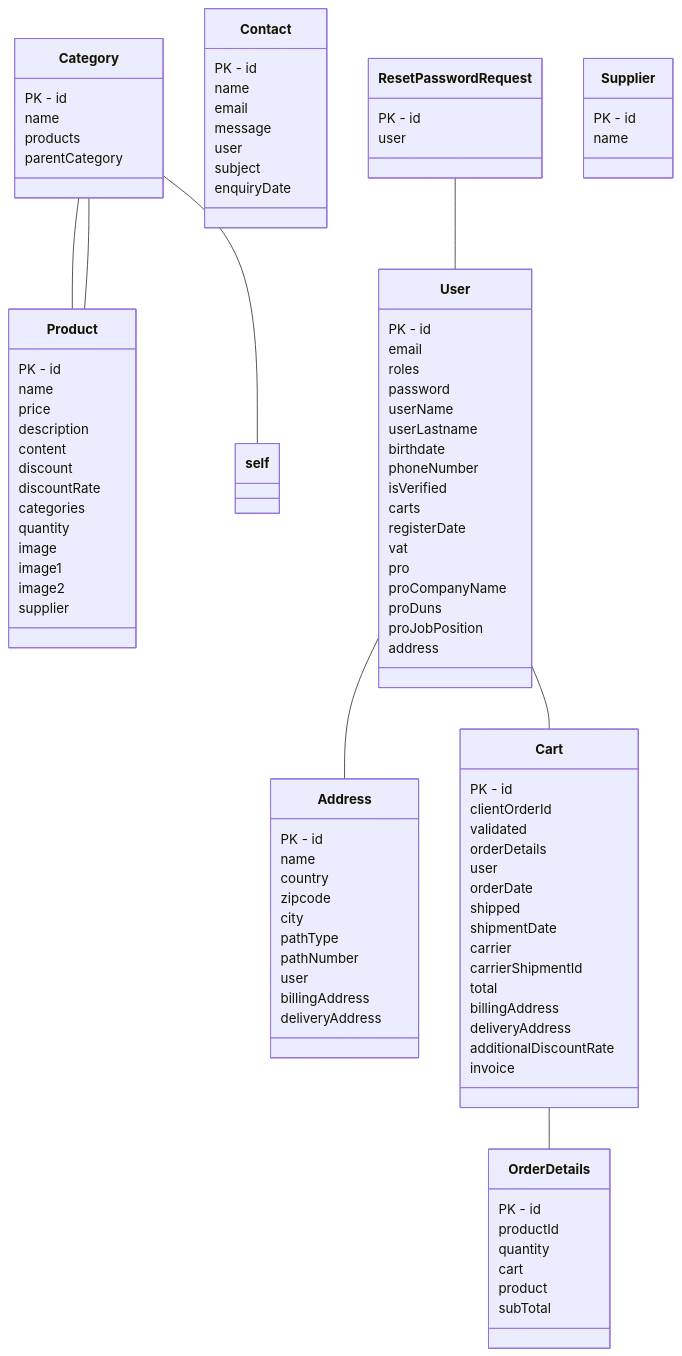
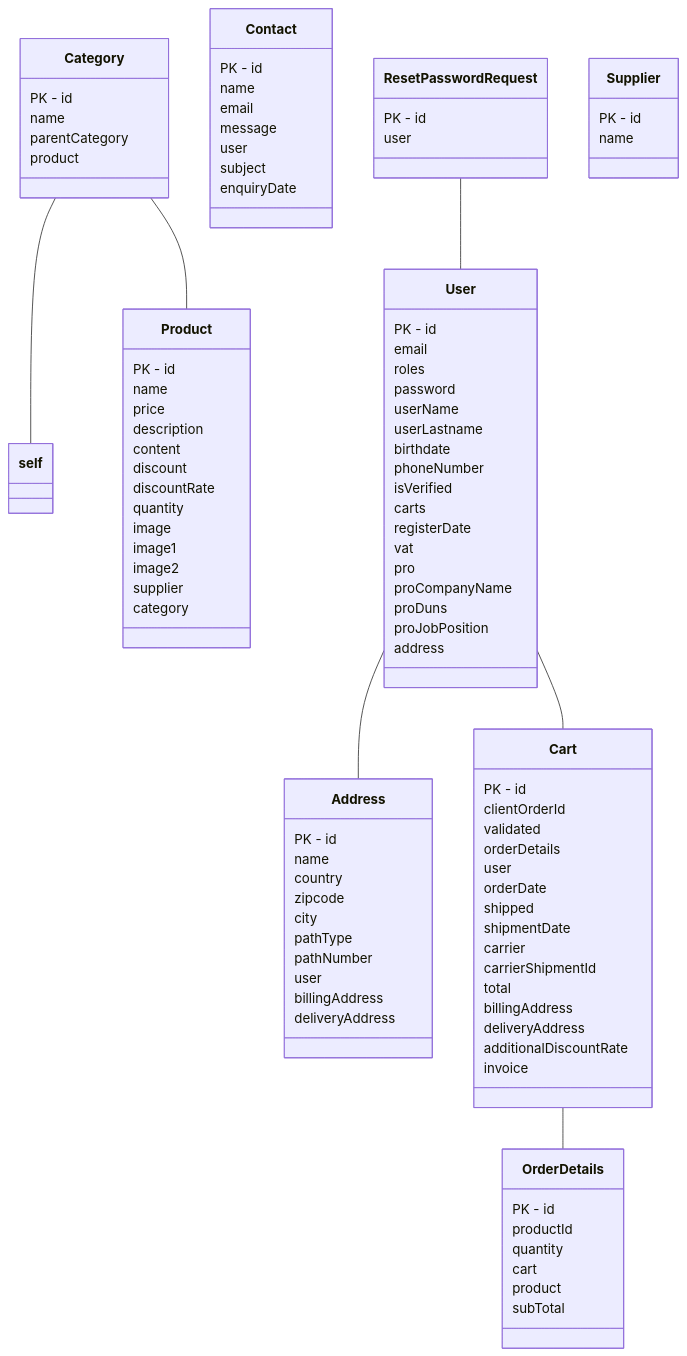
One commit to AlexisDonato/CDA changed the diagram in Fil Rouge/MUSE/UML.md. Above: the diagram before and after it, drawn with Mermaid. The commit also changed 14 other files, not shown here.

````diff
--- a/Fil Rouge/MUSE/UML.md
+++ b/Fil Rouge/MUSE/UML.md
@@ -14,34 +14,15 @@
 deliveryAddress
 }
 
-class Cart{
-PK - id
-clientOrderId
-validated
-orderDetails
-user
-orderDate
-shipped
-shipmentDate
-carrier
-carrierShipmentId
-total
-billingAddress
-deliveryAddress
-additionalDiscountRate
-invoice
-}
-
-Cart -- OrderDetails
 class Category{
 PK - id
 name
-products
 parentCategory
+product
 }
 
+Category -- self
 Category -- Product
-Category -- self
 class Contact{
 PK - id
 name
@@ -69,15 +50,14 @@
 content
 discount
 discountRate
-categories
 quantity
 image
 image1
 image2
 supplier
+category
 }
 
-Product -- Category
 class ResetPasswordRequest{
 PK - id
 user
@@ -111,5 +91,24 @@
 
 User -- Cart
 User -- Address
+class Cart{
+PK - id
+clientOrderId
+validated
+orderDetails
+user
+orderDate
+shipped
+shipmentDate
+carrier
+carrierShipmentId
+total
+billingAddress
+deliveryAddress
+additionalDiscountRate
+invoice
+}
+
+Cart -- OrderDetails
 
 ```
````
